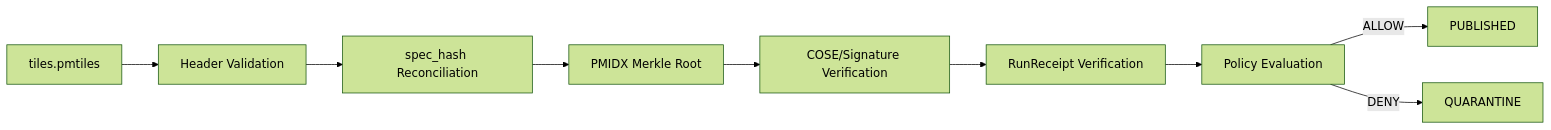
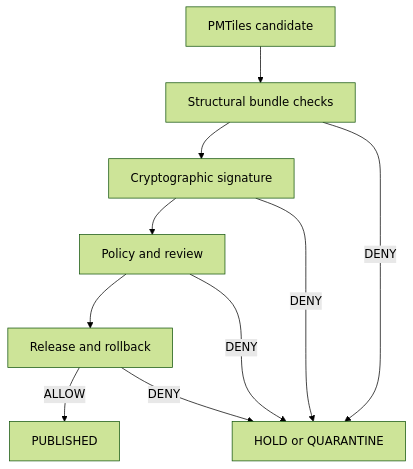
One commit to bartytime4life/Kansas-Frontier-Matrix changed the diagram in docs/standards/pmtiles/PMTILES_ATTESTATION_STANDARD.md. Above: the diagram before and after it, drawn with Mermaid (forest theme). The commit also changed other lines of this file and 43 other files, not shown here.

````diff
--- a/docs/standards/pmtiles/PMTILES_ATTESTATION_STANDARD.md
+++ b/docs/standards/pmtiles/PMTILES_ATTESTATION_STANDARD.md
@@ -91,11 +85,12 @@
 ```mermaid
-flowchart LR
-    A[tiles.pmtiles] --> B[Header Validation]
-    B --> C[spec_hash Reconciliation]
-    C --> D[PMIDX Merkle Root]
-    D --> E[COSE/Signature Verification]
-    E --> F[RunReceipt Verification]
-    F --> G[Policy Evaluation]
-    G -->|ALLOW| H[PUBLISHED]
-    G -->|DENY| I[QUARANTINE]
+flowchart TD
+    A[PMTiles candidate] --> B[Structural bundle checks]
+    B --> C[Cryptographic signature]
+    C --> D[Policy and review]
+    D --> E[Release and rollback]
+    E -->|ALLOW| F[PUBLISHED]
+    B -->|DENY| G[HOLD or QUARANTINE]
+    C -->|DENY| G
+    D -->|DENY| G
+    E -->|DENY| G
 ```
````
